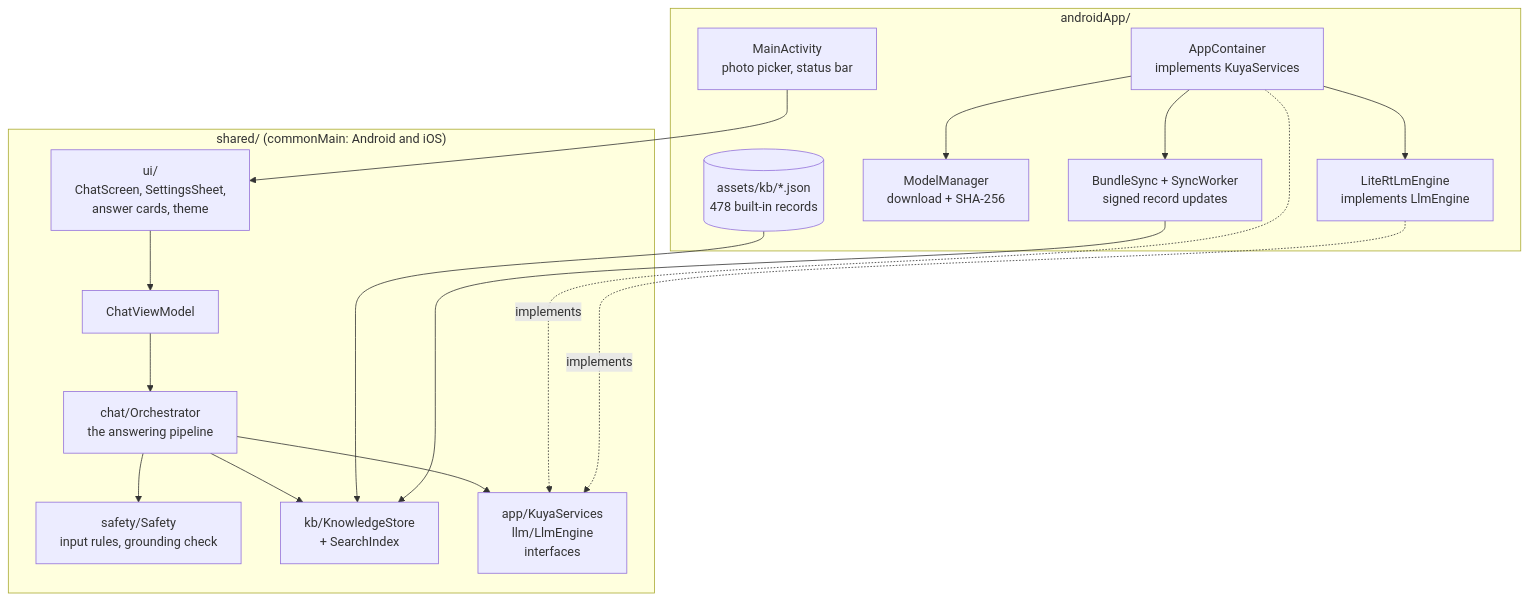
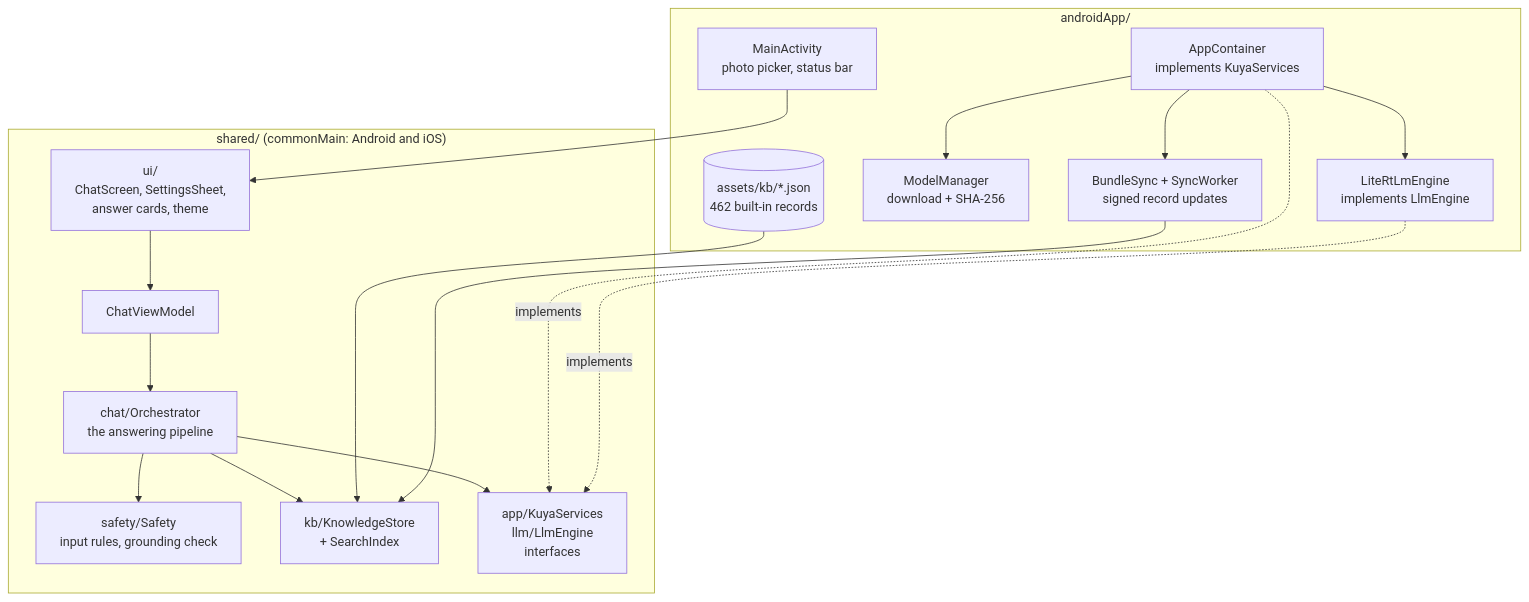
Before and after one commit to mr-jones123/kuya-j: the diagram in docs/architecture.md, drawn with Mermaid. The commit also changed 16 other files, not shown here.

````diff
--- a/docs/architecture.md
+++ b/docs/architecture.md
@@ -6,29 +6,29 @@
 ```mermaid
 flowchart TB
     subgraph shared["shared/ (commonMain: Android and iOS)"]
         UI[ui/<br/>ChatScreen, SettingsSheet,<br/>answer cards, theme]
         VM[ChatViewModel]
         O[chat/Orchestrator<br/>the answering pipeline]
         SAF[safety/Safety<br/>input rules, grounding check]
         KB[kb/KnowledgeStore<br/>+ SearchIndex]
         IF[app/KuyaServices<br/>llm/LlmEngine<br/>interfaces]
     end
     subgraph android["androidApp/"]
         MA[MainActivity<br/>photo picker, status bar]
         AC[AppContainer<br/>implements KuyaServices]
         ENG[LiteRtLmEngine<br/>implements LlmEngine]
         MM[ModelManager<br/>download + SHA-256]
         SYNC[BundleSync + SyncWorker<br/>signed record updates]
-        ASSETS[(assets/kb/*.json<br/>478 built-in records)]
+        ASSETS[(assets/kb/*.json<br/>462 built-in records)]
     end
     UI --> VM --> O
     O --> SAF
     O --> KB
     O --> IF
     MA --> UI
     AC -.implements.-> IF
     ENG -.implements.-> IF
     AC --> ENG & MM & SYNC
     ASSETS --> KB
     SYNC --> KB
 ```
````
